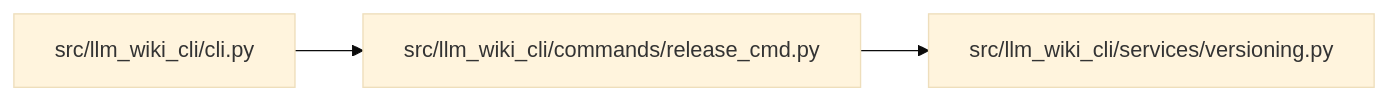
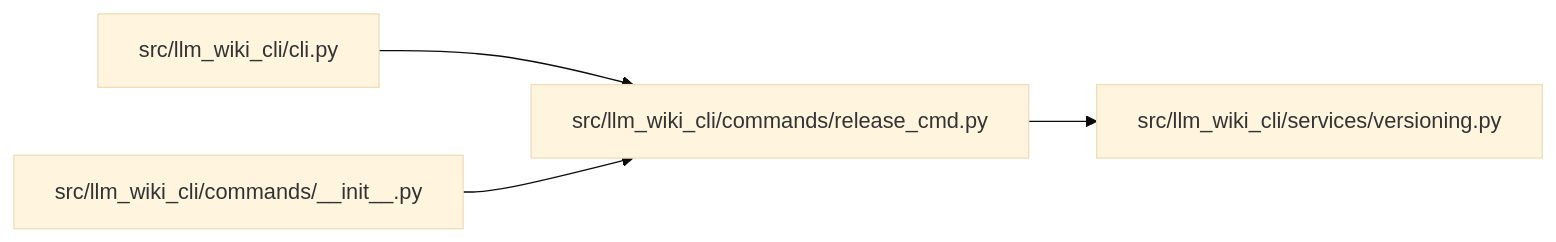
One commit to Denissvgn/python-wiki-llm changed the diagram in docs/llm_wiki/modules/release_cmd.md. Above: the diagram before and after it, drawn with Mermaid (base theme). The commit also changed other lines of this file and 554 other files, not shown here.

````diff
--- a/docs/llm_wiki/modules/release_cmd.md
+++ b/docs/llm_wiki/modules/release_cmd.md
@@ -44,11 +44,14 @@
 ```mermaid
 flowchart LR
     n0["src/llm_wiki_cli/cli.py"]
-    n1["src/llm_wiki_cli/commands/release_cmd.py"]
-    n2["src/llm_wiki_cli/services/versioning.py"]
-    n0 --> n1
+    n1["src/llm_wiki_cli/commands/__init__.py"]
+    n2["src/llm_wiki_cli/commands/release_cmd.py"]
+    n3["src/llm_wiki_cli/services/versioning.py"]
+    n0 --> n2
     n1 --> n2
+    n2 --> n3
     click n0 "../modules/cli.md"
-    click n1 "../modules/release_cmd.md"
-    click n2 "../modules/versioning.md"
+    click n1 "../modules/commands___init__.md"
+    click n2 "../modules/release_cmd.md"
+    click n3 "../modules/versioning.md"
 ```
````
